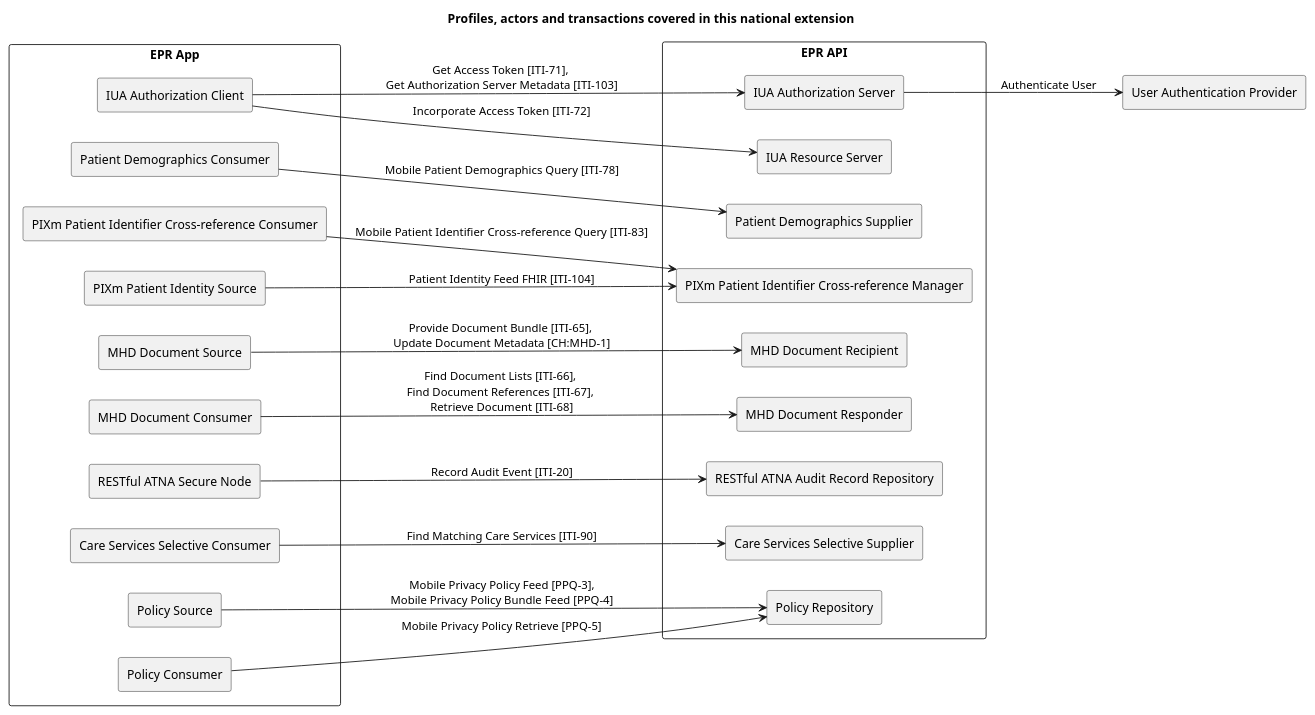
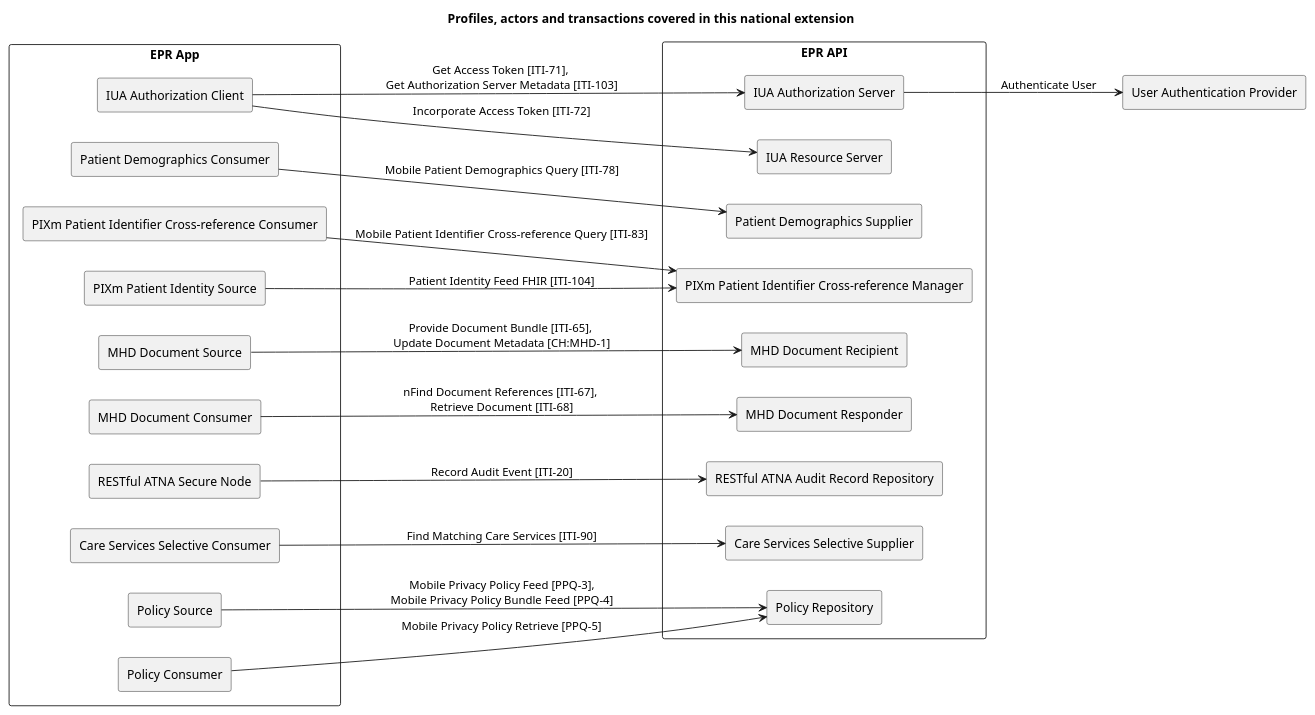
The diagram in input/images-source/overview.plantuml (ehealthsuisse/ch-epr-fhir), drawn with PlantUML before and after one commit. The commit also changed 12 other files, not shown here.

```diff
--- a/input/images-source/overview.plantuml
+++ b/input/images-source/overview.plantuml
@@ -1,62 +1,62 @@
 @startuml
 
 title **Profiles, actors and transactions covered in this national extension**
 
 skinparam componentStyle rectangle
 skinparam svgDimensionStyle false
 
 left to right direction
 
 component "EPR App" {
   [IUA Authorization Client] as IUAClient
 
   [Patient Demographics Consumer] as PDQmConsumer
 
   [PIXm Patient Identifier Cross-reference Consumer] as PIXmConsumer
   [PIXm Patient Identity Source] as PIXmSource
 
   [MHD Document Source] as MHDSource
   [MHD Document Consumer] as MHDConsumer
 
   [RESTful ATNA Secure Node] as ATNANode
 
   [Care Services Selective Consumer] as mCSDSelectiveConsumer
 
   [Policy Source] as PPQmPolicySource
   [Policy Consumer] as PPQmPolicyConsumer
 }
 
 component "EPR API" {
   [IUA Authorization Server] as IUAAuthServer
   IUAClient -> IUAAuthServer : Get Access Token [ITI-71], \nGet Authorization Server Metadata [ITI-103]
   [IUA Resource Server] as IUAResourceServer
   IUAClient --> IUAResourceServer : Incorporate Access Token [ITI-72]
 
   [Patient Demographics Supplier] as PDQmSupplier
   PDQmConsumer --> PDQmSupplier : Mobile Patient Demographics Query [ITI-78]
 
   [PIXm Patient Identifier Cross-reference Manager] as PIXmManager
   PIXmConsumer --> PIXmManager : Mobile Patient Identifier Cross-reference Query [ITI-83]
   PIXmSource --> PIXmManager : Patient Identity Feed FHIR [ITI-104]
 
   [MHD Document Recipient] as MHDRecipient
   MHDSource --> MHDRecipient : Provide Document Bundle [ITI-65], \nUpdate Document Metadata [CH:MHD-1]
 
   [MHD Document Responder] as MHDResponder
-  MHDConsumer --> MHDResponder : Find Document Lists [ITI-66], \nFind Document References [ITI-67], \nRetrieve Document [ITI-68] 
+  MHDConsumer --> MHDResponder : nFind Document References [ITI-67], \nRetrieve Document [ITI-68] 
 
   [RESTful ATNA Audit Record Repository] as ATNARepository
   ATNANode --> ATNARepository : Record Audit Event [ITI-20]
 
   [Care Services Selective Supplier] as mCSDSelectiveSupplier
   mCSDSelectiveConsumer --> mCSDSelectiveSupplier : Find Matching Care Services [ITI-90]
 
   [Policy Repository] as PPQmPolicyRepository
   PPQmPolicySource --> PPQmPolicyRepository : Mobile Privacy Policy Feed [PPQ-3],\nMobile Privacy Policy Bundle Feed [PPQ-4]
   PPQmPolicyConsumer --> PPQmPolicyRepository : Mobile Privacy Policy Retrieve [PPQ-5]
 }
 
 [User Authentication Provider] as UAProvider
 IUAAuthServer --> UAProvider : Authenticate User
 
 @enduml
```
